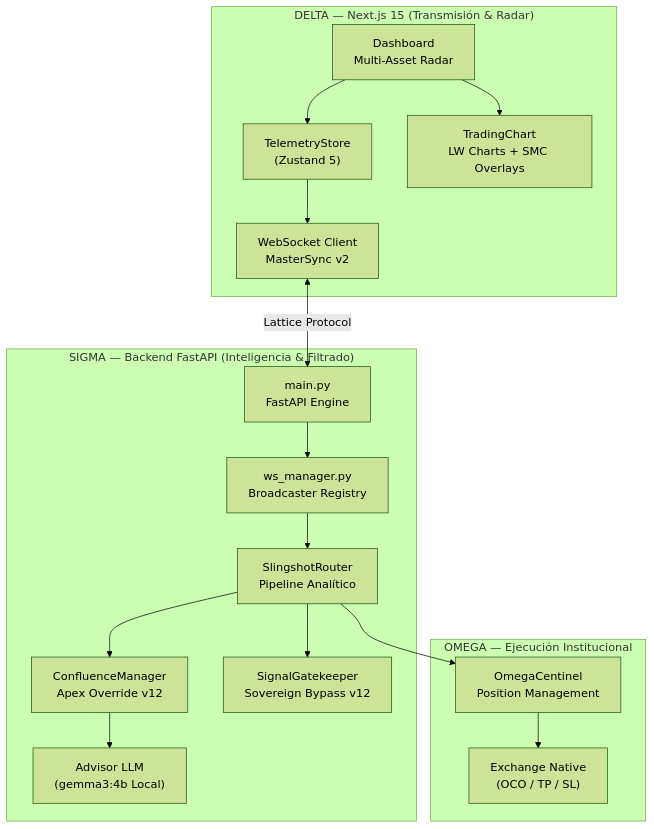
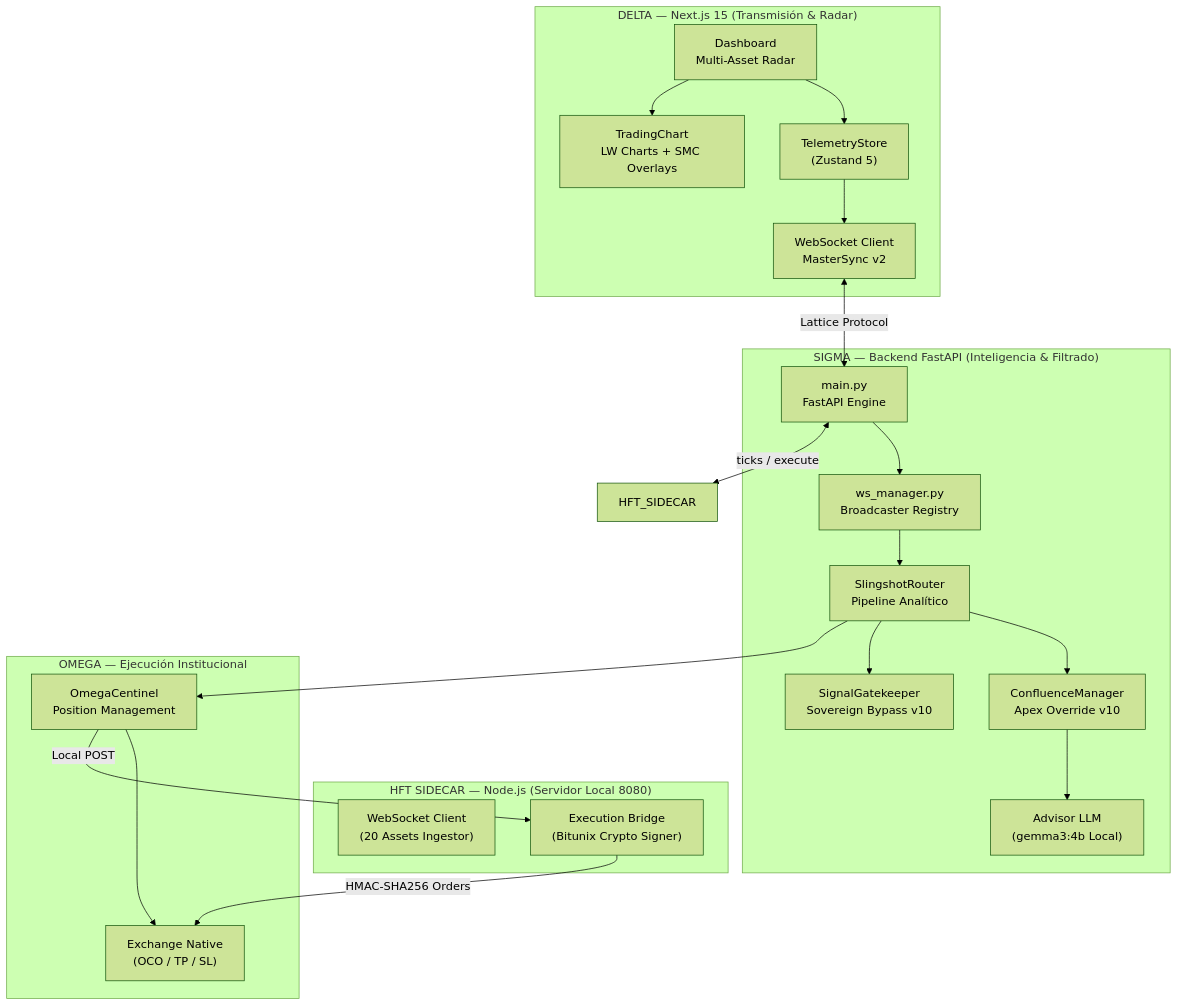
One commit to matiquelmec/Slingshot changed the diagram in README.md. Above: the diagram before and after it, drawn with Mermaid (forest theme). The commit also changed other lines of this file and 18 other files, not shown here.

````diff
--- a/README.md
+++ b/README.md
@@ -18,23 +18,31 @@
 ```mermaid
 graph TB
     subgraph "DELTA — Next.js 15 (Transmisión & Radar)"
         A["Dashboard<br/>Multi-Asset Radar"] --> B["TelemetryStore<br/>(Zustand 5)"]
         B --> C["WebSocket Client<br/>MasterSync v2"]
         A --> D["TradingChart<br/>LW Charts + SMC Overlays"]
     end
 
     subgraph "SIGMA — Backend FastAPI (Inteligencia & Filtrado)"
         J["main.py<br/>FastAPI Engine"] --> K["ws_manager.py<br/>Broadcaster Registry"]
         K --> L["SlingshotRouter<br/>Pipeline Analítico"]
-        L --> M["ConfluenceManager<br/>Apex Override v12"]
-        L --> N["SignalGatekeeper<br/>Sovereign Bypass v12"]
+        L --> M["ConfluenceManager<br/>Apex Override v10"]
+        L --> N["SignalGatekeeper<br/>Sovereign Bypass v10"]
         M --> S["Advisor LLM<br/>(gemma3:4b Local)"]
+    end
+
+    subgraph "HFT SIDECAR — Node.js (Servidor Local 8080)"
+        NodeWS["WebSocket Client<br/>(20 Assets Ingestor)"]
+        NodeExec["Execution Bridge<br/>(Bitunix Crypto Signer)"]
     end
 
     subgraph "OMEGA — Ejecución Institucional"
         T["OmegaCentinel<br/>Position Management"] --> BB["Exchange Native<br/>(OCO / TP / SL)"]
     end
 
     C <--> |"Lattice Protocol"| J
+    J <--> |"ticks / execute"| HFT_SIDECAR
     L --> T
+    T --> |"Local POST"| NodeExec
+    NodeExec --> |"HMAC-SHA256 Orders"| BB
 ```
````
